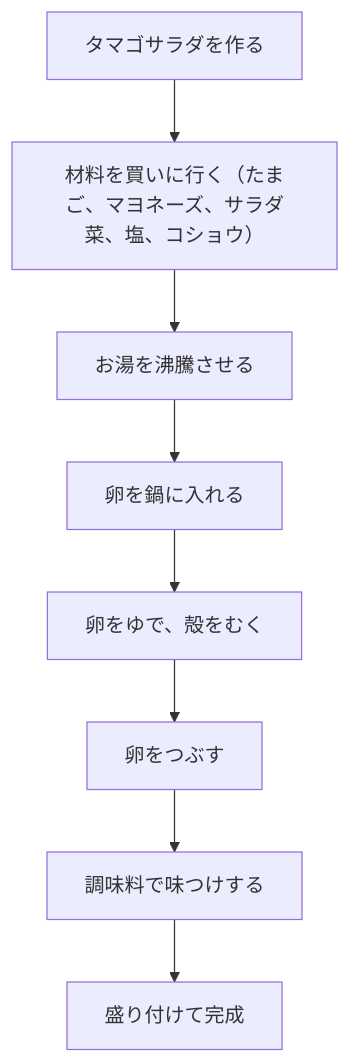
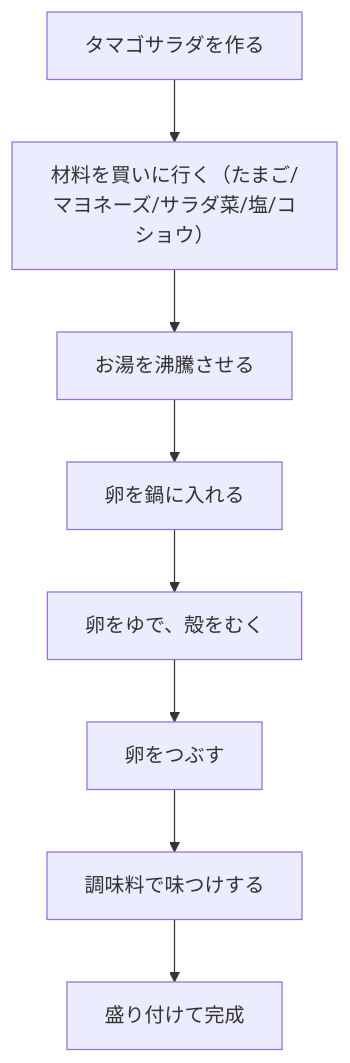
Before and after one commit to YonekuraMizuki/dinner_project: the diagram in dinnerB.md, drawn with Mermaid.

````diff
--- a/dinnerB.md
+++ b/dinnerB.md
@@ -9,18 +9,18 @@
 ```mermaid
 graph TD;
 Todo[タマゴサラダを作る]
-shopping[材料を買いに行く（たまご、マヨネーズ、サラダ菜、塩、コショウ）];
+shopping[材料を買いに行く（たまご/マヨネーズ/サラダ菜/塩/コショウ）];
 first[お湯を沸騰させる];
 second[卵を鍋に入れる];
 third[卵をゆで、殻をむく];
 forth[卵をつぶす];
 fifth[調味料で味つけする];
 sixth[盛り付けて完成]
 Todo-->shopping;
 shopping-->first;
 first-->second;
 second-->third;
 third-->forth;
 forth-->fifth
 fifth-->sixth
 ```
````
